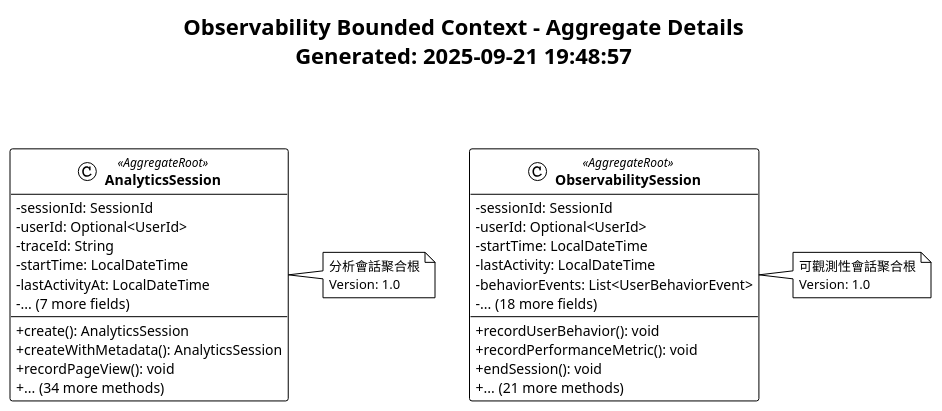
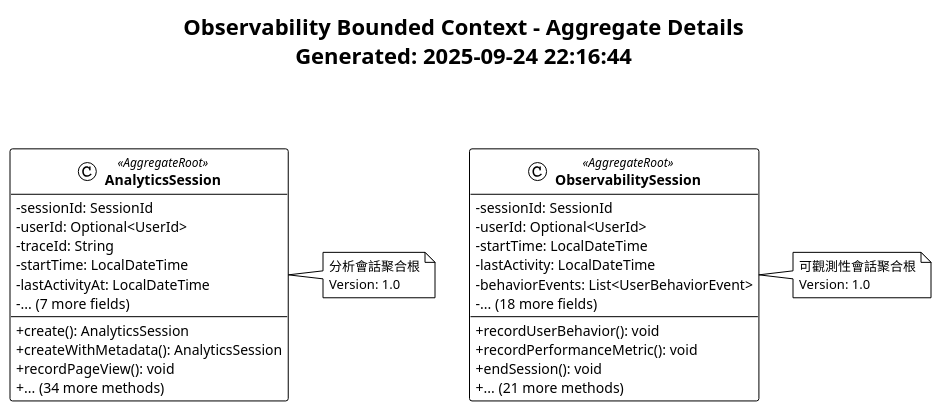
The diagram in docs/diagrams/viewpoints/functional/observability-aggregate-details.puml (humank/genai-demo), drawn with PlantUML before and after one commit. The commit also changed 654 other files, not shown here.

```diff
--- a/docs/diagrams/viewpoints/functional/observability-aggregate-details.puml
+++ b/docs/diagrams/viewpoints/functional/observability-aggregate-details.puml
@@ -1,49 +1,49 @@
 @startuml Observability Aggregate Details
 !theme plain
 skinparam classAttributeIconSize 0
 skinparam classFontStyle bold
 
-title Observability Bounded Context - Aggregate Details\nGenerated: 2025-09-21 19:48:57\n\n
+title Observability Bounded Context - Aggregate Details\nGenerated: 2025-09-24 22:16:44\n\n
 
 class AnalyticsSession <<AggregateRoot>> {
   -sessionId: SessionId
   -userId: Optional<UserId>
   -traceId: String
   -startTime: LocalDateTime
   -lastActivityAt: LocalDateTime
   -... (7 more fields)
   --
   +create(): AnalyticsSession
   +createWithMetadata(): AnalyticsSession
   +recordPageView(): void
   +... (34 more methods)
 }
 
 note right of AnalyticsSession
   分析會話聚合根
   Version: 1.0
 end note
 
 class ObservabilitySession <<AggregateRoot>> {
   -sessionId: SessionId
   -userId: Optional<UserId>
   -startTime: LocalDateTime
   -lastActivity: LocalDateTime
   -behaviorEvents: List<UserBehaviorEvent>
   -... (18 more fields)
   --
   +recordUserBehavior(): void
   +recordPerformanceMetric(): void
   +endSession(): void
   +... (21 more methods)
 }
 
 note right of ObservabilitySession
   可觀測性會話聚合根
   Version: 1.0
 end note
 
 
 ' Relationships
 
 @enduml
```
